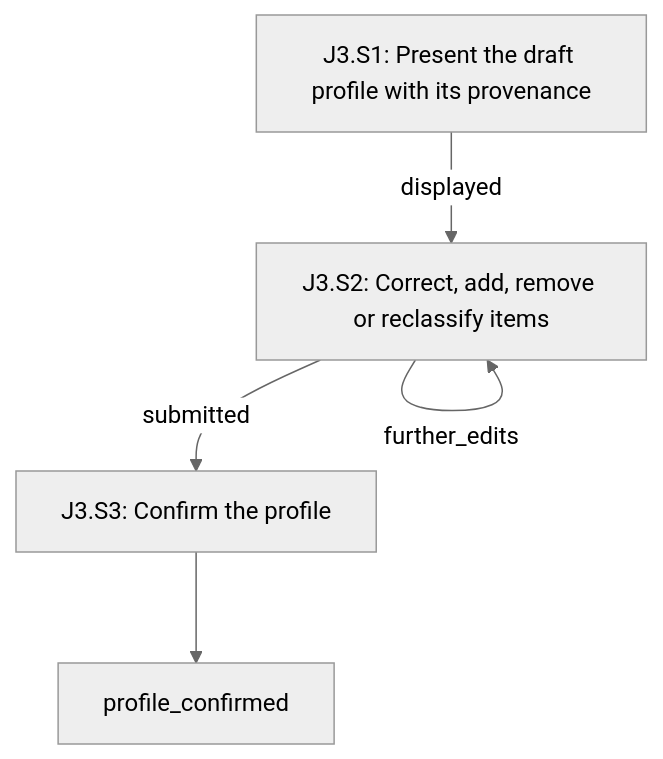
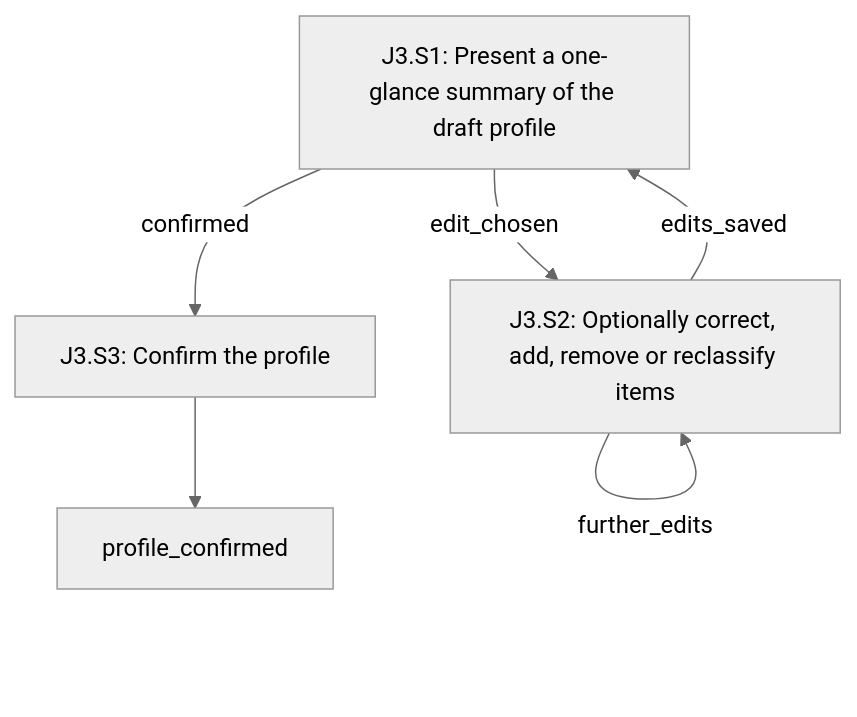
The third of 7 diagrams in docs/journeys/thin-flow.md (hivinaynair/sable-app), drawn with Mermaid (neutral theme) before and after one commit. The commit also changed other lines of this file and 3 other files, not shown here.

````diff
--- a/docs/journeys/thin-flow.md
+++ b/docs/journeys/thin-flow.md
@@ -163,10 +173,11 @@
 ```mermaid
 flowchart TD
-  J3_S1["J3.S1: Present the draft profile with its provenance"]
-  J3_S1 -->|"displayed"| J3_S2
-  J3_S2["J3.S2: Correct, add, remove or reclassify items"]
-  J3_S2 -->|"submitted"| J3_S3
+  J3_S1["J3.S1: Present a one-glance summary of the draft profile"]
+  J3_S1 -->|"confirmed"| J3_S3
+  J3_S1 -->|"edit_chosen"| J3_S2
+  J3_S2["J3.S2: Optionally correct, add, remove or reclassify items"]
+  J3_S2 -->|"edits_saved"| J3_S1
   J3_S2 -->|"further_edits"| J3_S2
   J3_S3["J3.S3: Confirm the profile"]
   J3_S3 --> J3_exit_0["profile_confirmed"]
 ```
````
